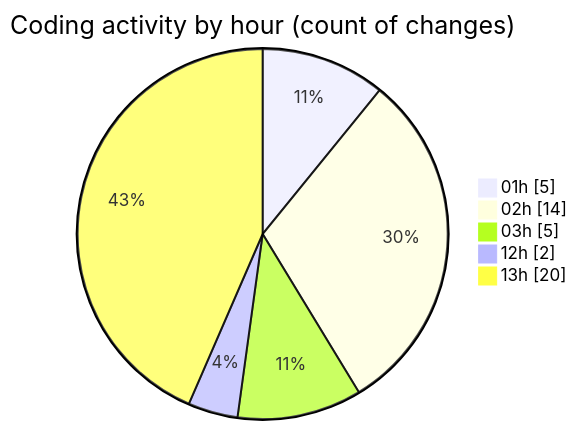
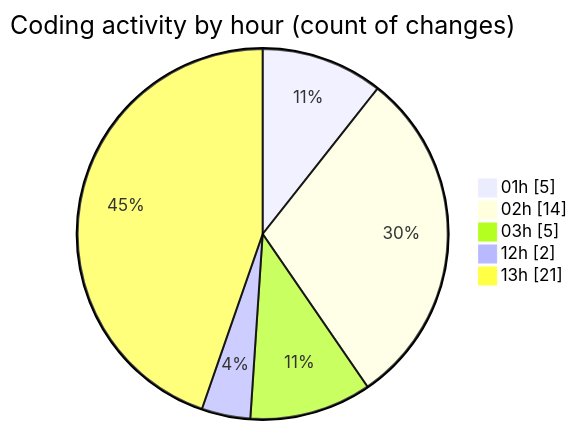
The second of 2 diagrams in 2025-10-23/eventscop-frontend-guide__workspace_/README.md (julien-gomy/code-tracking), drawn with Mermaid before and after one commit. The commit also changed other lines of this file and 1 other file, not shown here.

````diff
--- a/2025-10-23/eventscop-frontend-guide__workspace_/README.md
+++ b/2025-10-23/eventscop-frontend-guide__workspace_/README.md
@@ -43,9 +43,9 @@
 ```mermaid
 pie showData
 title Coding activity by hour (count of changes)
 "01h" : 5
 "02h" : 14
 "03h" : 5
 "12h" : 2
-"13h" : 20
+"13h" : 21
 ```
````
